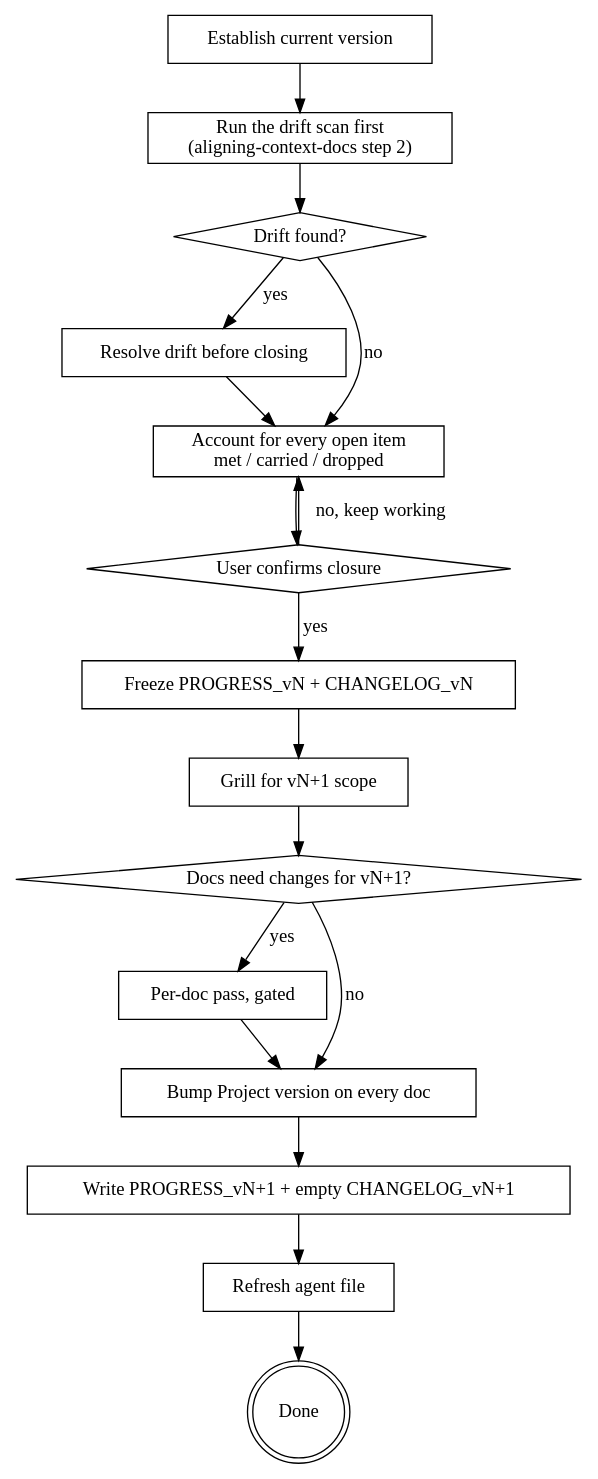
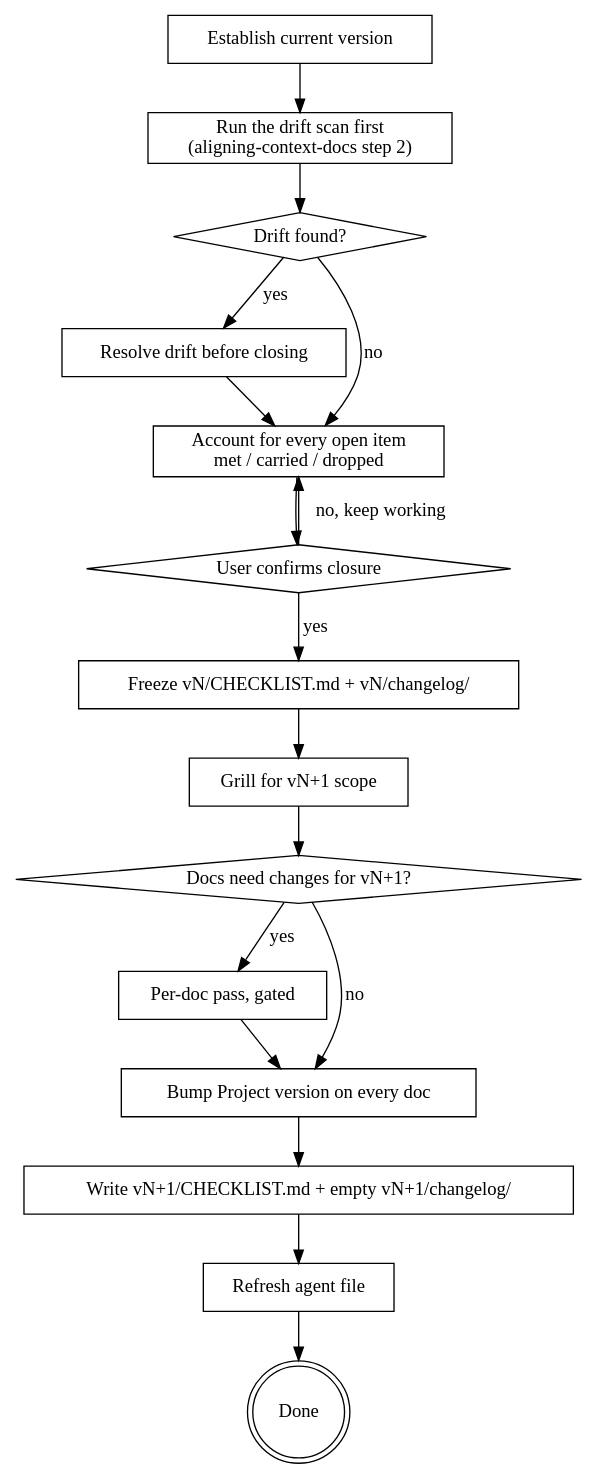
The diagram in skills/versioning-context-docs/SKILL.md (gbcstro/context-docs-kit), drawn with Graphviz before and after one commit. The commit also changed other lines of this file and 73 other files, not shown here.

First line of the commit message:
feat: per-version PROGRESS folders, project-scoped companion installs

````diff
--- a/skills/versioning-context-docs/SKILL.md
+++ b/skills/versioning-context-docs/SKILL.md
@@ -43,35 +43,35 @@
 ```dot
 digraph versioning {
     "Establish current version" [shape=box];
     "Run the drift scan first\n(aligning-context-docs step 2)" [shape=box];
     "Drift found?" [shape=diamond];
     "Resolve drift before closing" [shape=box];
     "Account for every open item\nmet / carried / dropped" [shape=box];
     "User confirms closure" [shape=diamond];
-    "Freeze PROGRESS_vN + CHANGELOG_vN" [shape=box];
+    "Freeze vN/CHECKLIST.md + vN/changelog/" [shape=box];
     "Grill for vN+1 scope" [shape=box];
     "Docs need changes for vN+1?" [shape=diamond];
     "Per-doc pass, gated" [shape=box];
     "Bump Project version on every doc" [shape=box];
-    "Write PROGRESS_vN+1 + empty CHANGELOG_vN+1" [shape=box];
+    "Write vN+1/CHECKLIST.md + empty vN+1/changelog/" [shape=box];
     "Refresh agent file" [shape=box];
     "Done" [shape=doublecircle];
 
     "Establish current version" -> "Run the drift scan first\n(aligning-context-docs step 2)";
     "Run the drift scan first\n(aligning-context-docs step 2)" -> "Drift found?";
     "Drift found?" -> "Resolve drift before closing" [label="yes"];
     "Resolve drift before closing" -> "Account for every open item\nmet / carried / dropped";
     "Drift found?" -> "Account for every open item\nmet / carried / dropped" [label="no"];
     "Account for every open item\nmet / carried / dropped" -> "User confirms closure";
     "User confirms closure" -> "Account for every open item\nmet / carried / dropped" [label="no, keep working"];
-    "User confirms closure" -> "Freeze PROGRESS_vN + CHANGELOG_vN" [label="yes"];
-    "Freeze PROGRESS_vN + CHANGELOG_vN" -> "Grill for vN+1 scope";
+    "User confirms closure" -> "Freeze vN/CHECKLIST.md + vN/changelog/" [label="yes"];
+    "Freeze vN/CHECKLIST.md + vN/changelog/" -> "Grill for vN+1 scope";
     "Grill for vN+1 scope" -> "Docs need changes for vN+1?";
     "Docs need changes for vN+1?" -> "Per-doc pass, gated" [label="yes"];
     "Per-doc pass, gated" -> "Bump Project version on every doc";
     "Docs need changes for vN+1?" -> "Bump Project version on every doc" [label="no"];
-    "Bump Project version on every doc" -> "Write PROGRESS_vN+1 + empty CHANGELOG_vN+1";
-    "Write PROGRESS_vN+1 + empty CHANGELOG_vN+1" -> "Refresh agent file";
+    "Bump Project version on every doc" -> "Write vN+1/CHECKLIST.md + empty vN+1/changelog/";
+    "Write vN+1/CHECKLIST.md + empty vN+1/changelog/" -> "Refresh agent file";
     "Refresh agent file" -> "Done";
 }
 ```
````
